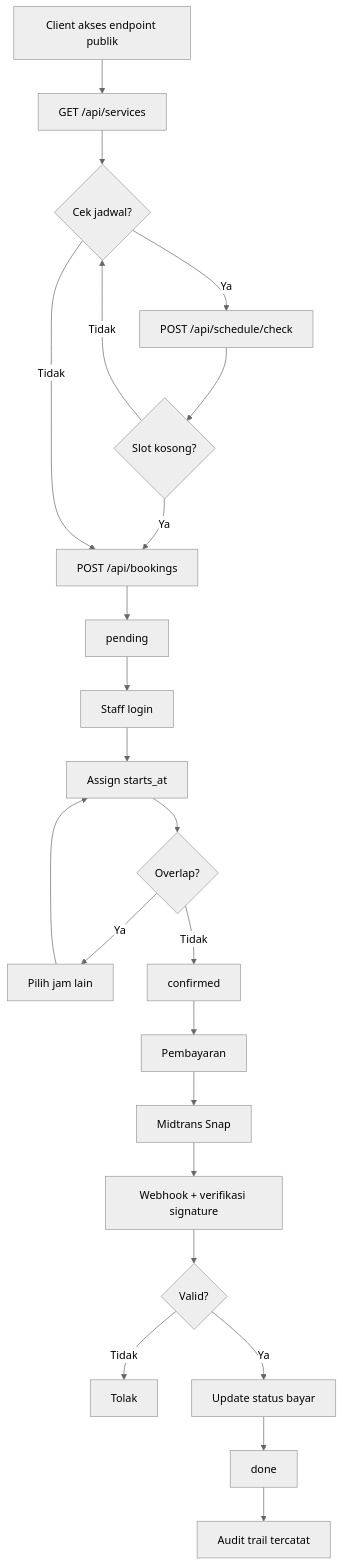
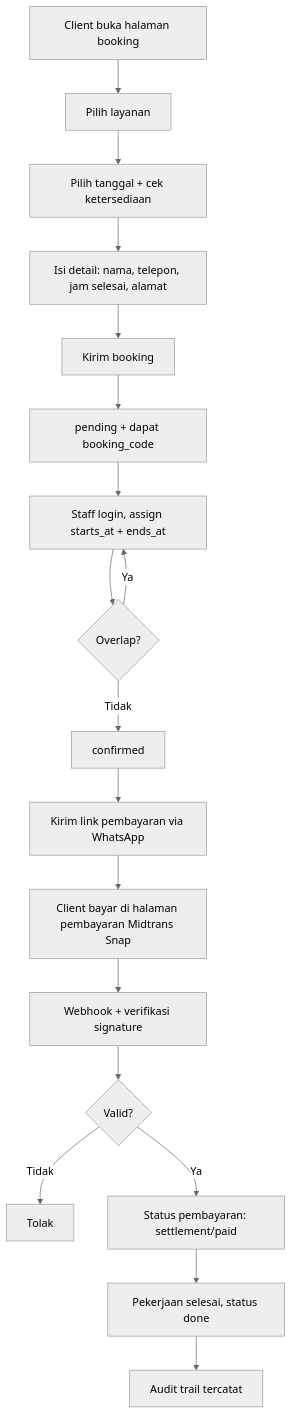
Before and after one commit to AzerothGT/SimpleBookingMUA: the first of 2 diagrams in docs/presentasi-proyek.md, drawn with Mermaid (neutral theme). The commit also changed other lines of this file and 1 other file, not shown here.

First line of the commit message:
Update docs to reflect frontend and payment flow

````diff
--- a/docs/presentasi-proyek.md
+++ b/docs/presentasi-proyek.md
@@ -86,25 +93,20 @@
 ```mermaid
 flowchart TD
-    A[Client akses endpoint publik] --> B[GET /api/services]
-    B --> C{Cek jadwal?}
-    C -->|Ya| D[POST /api/schedule/check]
-    D --> E{Slot kosong?}
-    E -->|Tidak| C
-    E -->|Ya| F[POST /api/bookings]
-    C -->|Tidak| F
-    F --> G[pending]
-    G --> H[Staff login]
-    H --> I[Assign starts_at]
-    I --> J{Overlap?}
-    J -->|Ya| K[Pilih jam lain]
-    K --> I
-    J -->|Tidak| L[confirmed]
-    L --> M[Pembayaran]
-    M --> N[Midtrans Snap]
-    N --> O[Webhook + verifikasi signature]
-    O --> P{Valid?}
-    P -->|Tidak| Q[Tolak]
-    P -->|Ya| R[Update status bayar]
-    R --> T[done]
-    T --> U[Audit trail tercatat]
+    A[Client buka halaman booking] --> B[Pilih layanan]
+    B --> C[Pilih tanggal + cek ketersediaan]
+    C --> D[Isi detail: nama, telepon, jam selesai, alamat]
+    D --> E[Kirim booking]
+    E --> F[pending + dapat booking_code]
+    F --> G[Staff login, assign starts_at + ends_at]
+    G --> H{Overlap?}
+    H -->|Ya| G
+    H -->|Tidak| I[confirmed]
+    I --> J[Kirim link pembayaran via WhatsApp]
+    J --> K[Client bayar di halaman pembayaran Midtrans Snap]
+    K --> L[Webhook + verifikasi signature]
+    L --> M{Valid?}
+    M -->|Tidak| N[Tolak]
+    M -->|Ya| O[Status pembayaran: settlement/paid]
+    O --> P[Pekerjaan selesai, status done]
+    P --> Q[Audit trail tercatat]
 ```
````
